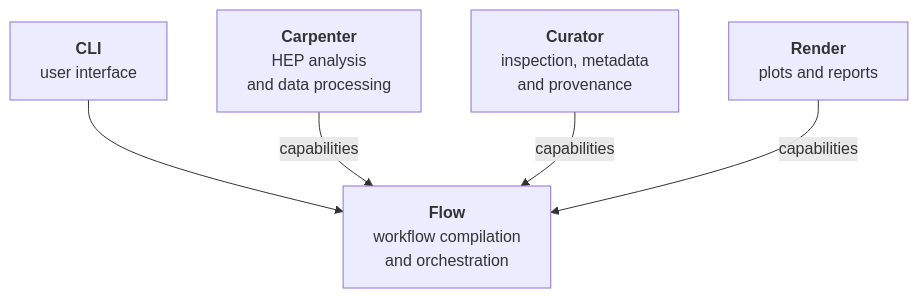
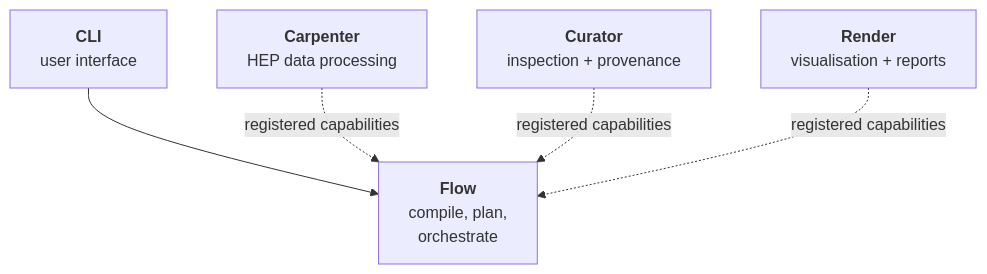
The diagram in content/packages/_index.md (FAST-HEP/fast-hep.github.io), drawn with Mermaid before and after one commit. The commit also changed other lines of this file and 1 other file, not shown here.

````diff
--- a/content/packages/_index.md
+++ b/content/packages/_index.md
@@ -17,16 +17,16 @@
 ```mermaid
 flowchart TD
-    Flow["<b>Flow</b><br/>workflow compilation<br/>and orchestration"]
+    CLI["<b>CLI</b><br/>user interface"]:::input
 
-    Carpenter["<b>Carpenter</b><br/>HEP analysis<br/>and data processing"]
-    Curator["<b>Curator</b><br/>inspection, metadata<br/>and provenance"]
-    Render["<b>Render</b><br/>plots and reports"]
+    Flow["<b>Flow</b><br/>compile, plan,<br/>orchestrate"]:::flow
 
-    CLI["<b>CLI</b><br/>user interface"]
+    Carpenter["<b>Carpenter</b><br/>HEP data processing"]:::capability
+    Curator["<b>Curator</b><br/>inspection + provenance"]:::capability
+    Render["<b>Render</b><br/>visualisation + reports"]:::capability
 
     CLI --> Flow
 
-    Carpenter -->|"capabilities"| Flow
-    Curator -->|"capabilities"| Flow
-    Render -->|"capabilities"| Flow
+    Carpenter -.->|"registered capabilities"| Flow
+    Curator -.->|"registered capabilities"| Flow
+    Render -.->|"registered capabilities"| Flow
 ```
````
